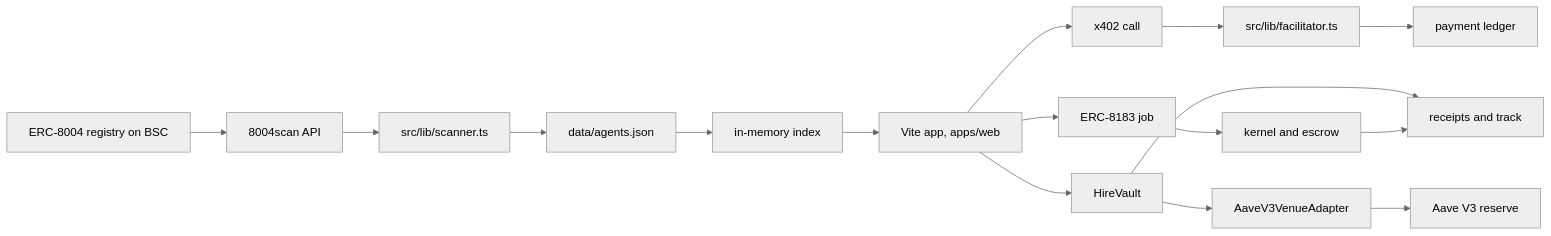
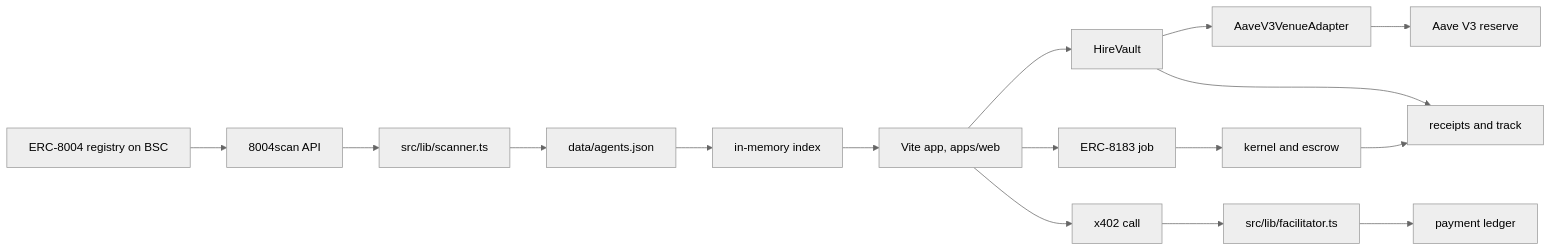
The first of 2 diagrams in docs/architecture.md (blockballr/agentsouk), drawn with Mermaid (neutral theme) before and after one commit. The commit also changed other lines of this file and 22 other files, not shown here.

````diff
--- a/docs/architecture.md
+++ b/docs/architecture.md
@@ -110,18 +110,18 @@
 ```mermaid
 flowchart LR
     R[ERC-8004 registry on BSC] --> A[8004scan API]
     A --> S[src/lib/scanner.ts]
     S --> J[data/agents.json]
     J --> I[in-memory index]
     I --> W[Vite app, apps/web]
-    W --> X[x402 call]
-    X --> F[src/lib/facilitator.ts]
-    W --> E[ERC-8183 job]
-    E --> K[kernel and escrow]
     W --> V[HireVault]
     V --> VA[AaveV3VenueAdapter]
     VA --> RS[Aave V3 reserve]
+    W --> E[ERC-8183 job]
+    E --> K[kernel and escrow]
+    W --> X[x402 call]
+    X --> F[src/lib/facilitator.ts]
     F --> L[payment ledger]
     V --> T[receipts and track]
     K --> T
 ```
````
